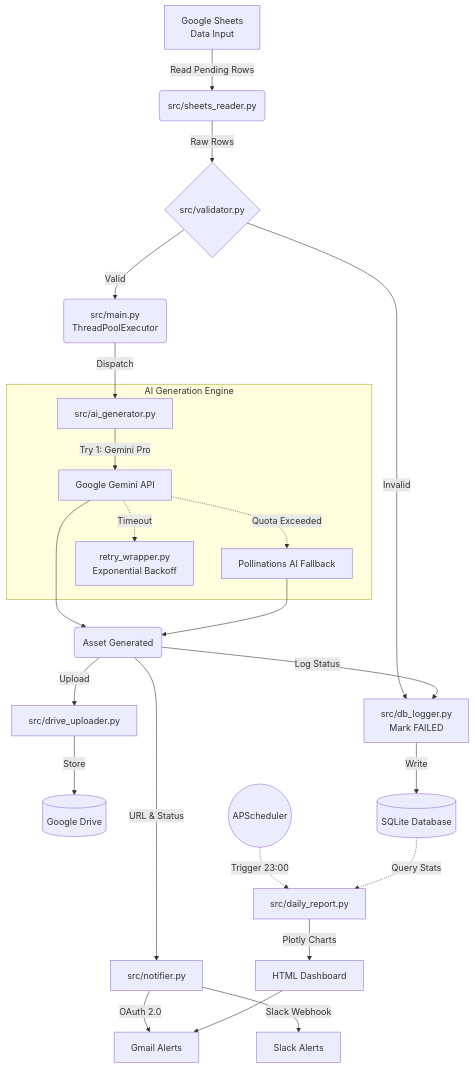
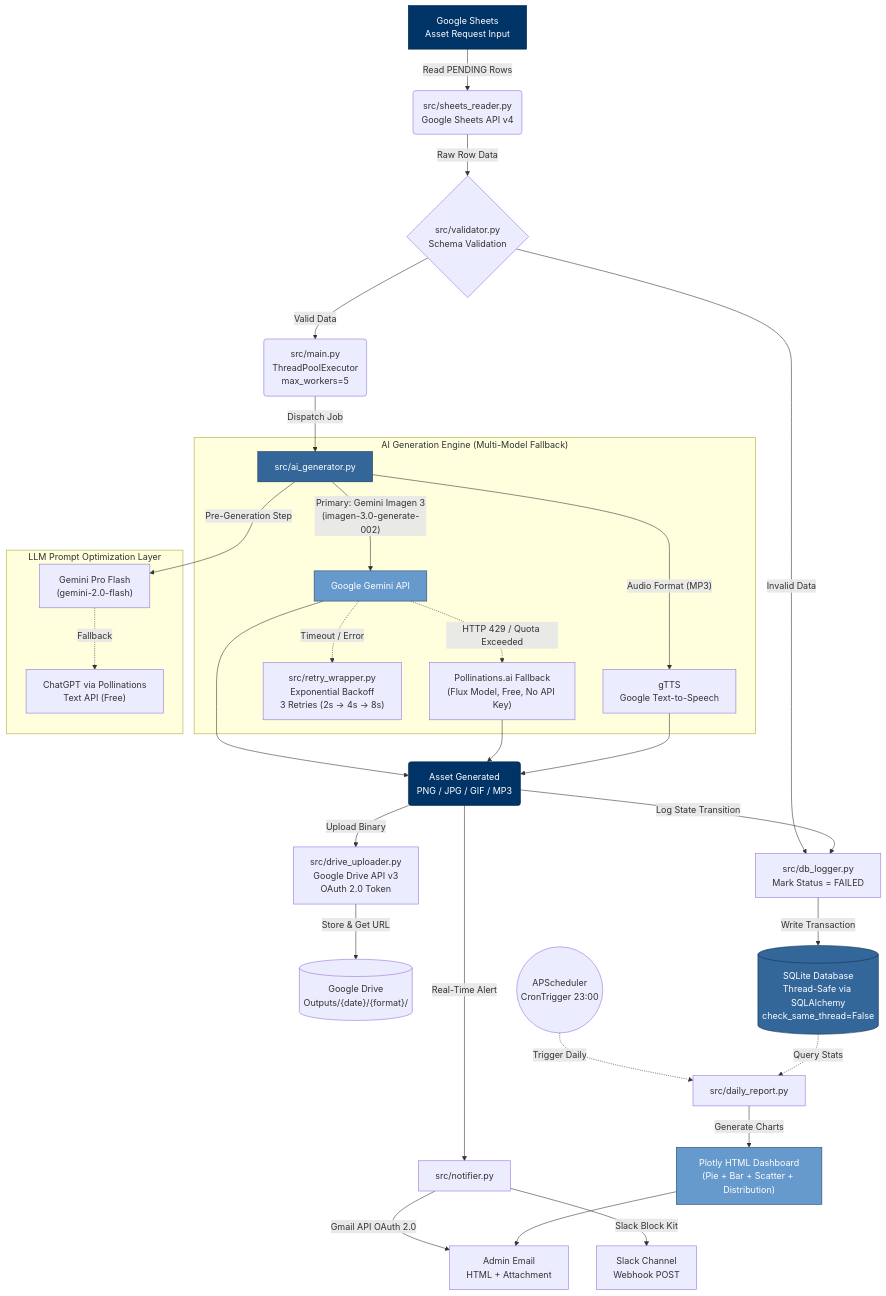
Before and after one commit to danielhuynh-04/AI-Asset-Generation-Automation-Pipeline: the first of 2 diagrams in README.md, drawn with Mermaid. The commit also changed other lines of this file and 128 other files, not shown here.

````diff
--- a/README.md
+++ b/README.md
@@ -61,34 +42,48 @@
 ```mermaid
 graph TD
-    A[Google Sheets<br>Data Input] -->|Read Pending Rows| B(src/sheets_reader.py);
-    B -->|Raw Rows| C{src/validator.py};
-    
-    C -- Invalid --> D[src/db_logger.py<br>Mark FAILED];
-    C -- Valid --> E(src/main.py<br>ThreadPoolExecutor);
-    
-    E -->|Dispatch| F[src/ai_generator.py];
-    
-    subgraph AI Generation Engine
-       F -->|Try 1: Gemini Pro| G[Google Gemini API]
-       G -.->|Quota Exceeded| H[Pollinations AI Fallback]
-       G -.->|Timeout| I[retry_wrapper.py<br>Exponential Backoff]
+    A["Google Sheets<br>Asset Request Input"] -->|Read PENDING Rows| B("src/sheets_reader.py<br>Google Sheets API v4")
+    B -->|Raw Row Data| C{"src/validator.py<br>Schema Validation"}
+
+    C -- Invalid Data --> D["src/db_logger.py<br>Mark Status = FAILED"]
+    C -- Valid Data --> E("src/main.py<br>ThreadPoolExecutor<br>max_workers=5")
+
+    E -->|Dispatch Job| F["src/ai_generator.py"]
+
+    subgraph "AI Generation Engine (Multi-Model Fallback)"
+       F -->|"Primary: Gemini Imagen 3<br>(imagen-3.0-generate-002)"| G["Google Gemini API"]
+       G -.->|"HTTP 429 / Quota Exceeded"| H["Pollinations.ai Fallback<br>(Flux Model, Free, No API Key)"]
+       G -.->|"Timeout / Error"| I["src/retry_wrapper.py<br>Exponential Backoff<br>3 Retries (2s → 4s → 8s)"]
+       F -->|"Audio Format (MP3)"| J["gTTS<br>Google Text-to-Speech"]
     end
-    
-    G --> J(Asset Generated);
-    H --> J;
-    
-    J -->|Upload| K[src/drive_uploader.py];
-    K -->|Store| L[(Google Drive)];
-    
-    J -->|Log Status| D;
-    D -->|Write| M[(SQLite Database)];
-    
-    J -->|URL & Status| N[src/notifier.py];
-    N -->|Slack Webhook| O[Slack Alerts];
-    N -->|OAuth 2.0| P[Gmail Alerts];
-    
-    Q((APScheduler)) -.->|Trigger 23:00| R[src/daily_report.py];
-    M -.->|Query Stats| R;
-    R -->|Plotly Charts| S[HTML Dashboard];
-    S --> P;
+
+    subgraph "LLM Prompt Optimization Layer"
+       F -->|"Pre-Generation Step"| K["Gemini Pro Flash<br>(gemini-2.0-flash)"]
+       K -.->|"Fallback"| L["ChatGPT via Pollinations<br>Text API (Free)"]
+    end
+
+    G --> M("Asset Generated<br>PNG / JPG / GIF / MP3")
+    H --> M
+    J --> M
+
+    M -->|"Upload Binary"| N["src/drive_uploader.py<br>Google Drive API v3<br>OAuth 2.0 Token"]
+    N -->|"Store & Get URL"| O[("Google Drive<br>Outputs/{date}/{format}/")]
+
+    M -->|"Log State Transition"| D
+    D -->|"Write Transaction"| P[("SQLite Database<br>Thread-Safe via SQLAlchemy<br>check_same_thread=False")]
+
+    M -->|"Real-Time Alert"| Q["src/notifier.py"]
+    Q -->|"Slack Block Kit"| R["Slack Channel<br>Webhook POST"]
+    Q -->|"Gmail API OAuth 2.0"| S["Admin Email<br>HTML + Attachment"]
+
+    T(("APScheduler<br>CronTrigger 23:00")) -.->|"Trigger Daily"| U["src/daily_report.py"]
+    P -.->|"Query Stats"| U
+    U -->|"Generate Charts"| V["Plotly HTML Dashboard<br>(Pie + Bar + Scatter + Distribution)"]
+    V --> S
+
+    style A fill:#003366,color:#fff,stroke:#002244
+    style F fill:#336699,color:#fff,stroke:#113355
+    style G fill:#6699cc,color:#fff,stroke:#224466
+    style M fill:#003366,color:#fff,stroke:#002244
+    style P fill:#336699,color:#fff,stroke:#113355
+    style V fill:#6699cc,color:#fff,stroke:#224466
 ```
````
